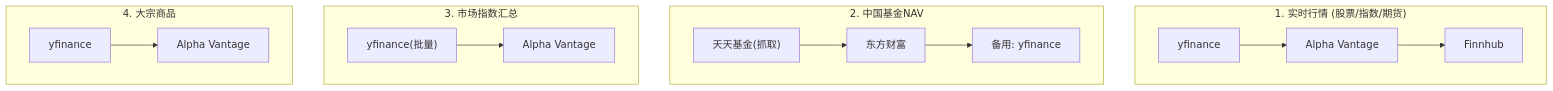
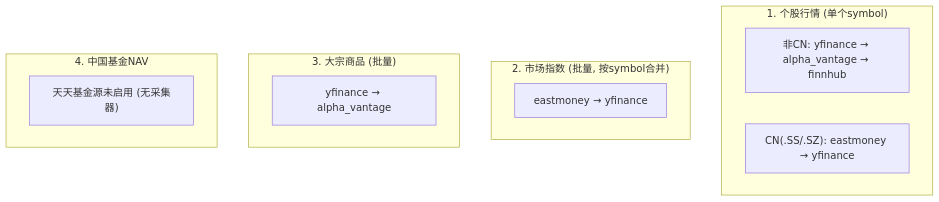
The sixth of 6 diagrams in docs/design/finance-tab.md (onceme/instantboard), drawn with Mermaid before and after one commit. The commit also changed other lines of this file and 14 other files, not shown here.

````diff
--- a/docs/design/finance-tab.md
+++ b/docs/design/finance-tab.md
@@ -395,18 +308,19 @@
 ```mermaid
 graph TD
-    subgraph Realtime["1. 实时行情 (股票/指数/期货)"]
-        yf1["yfinance"] --> av1["Alpha Vantage"] --> fh["Finnhub"]
+    subgraph Quote["1. 个股行情 (单个symbol)"]
+        q1["非CN: yfinance → alpha_vantage → finnhub"]
+        q2["CN(.SS/.SZ): eastmoney → yfinance"]
     end
 
-    subgraph CNAV["2. 中国基金NAV"]
-        tt["天天基金(抓取)"] --> ec["东方财富"] --> yf2["备用: yfinance"]
+    subgraph Idx["2. 市场指数 (批量, 按symbol合并)"]
+        i1["eastmoney → yfinance"]
     end
 
-    subgraph IndexSum["3. 市场指数汇总"]
-        yf3["yfinance(批量)"] --> av2["Alpha Vantage"]
+    subgraph Cmd["3. 大宗商品 (批量)"]
+        c1["yfinance → alpha_vantage"]
     end
 
-    subgraph Commodity["4. 大宗商品"]
-        yf4["yfinance"] --> av3["Alpha Vantage"]
+    subgraph CNAV["4. 中国基金NAV"]
+        n1["天天基金源未启用 (无采集器)"]
     end
 ```
````
